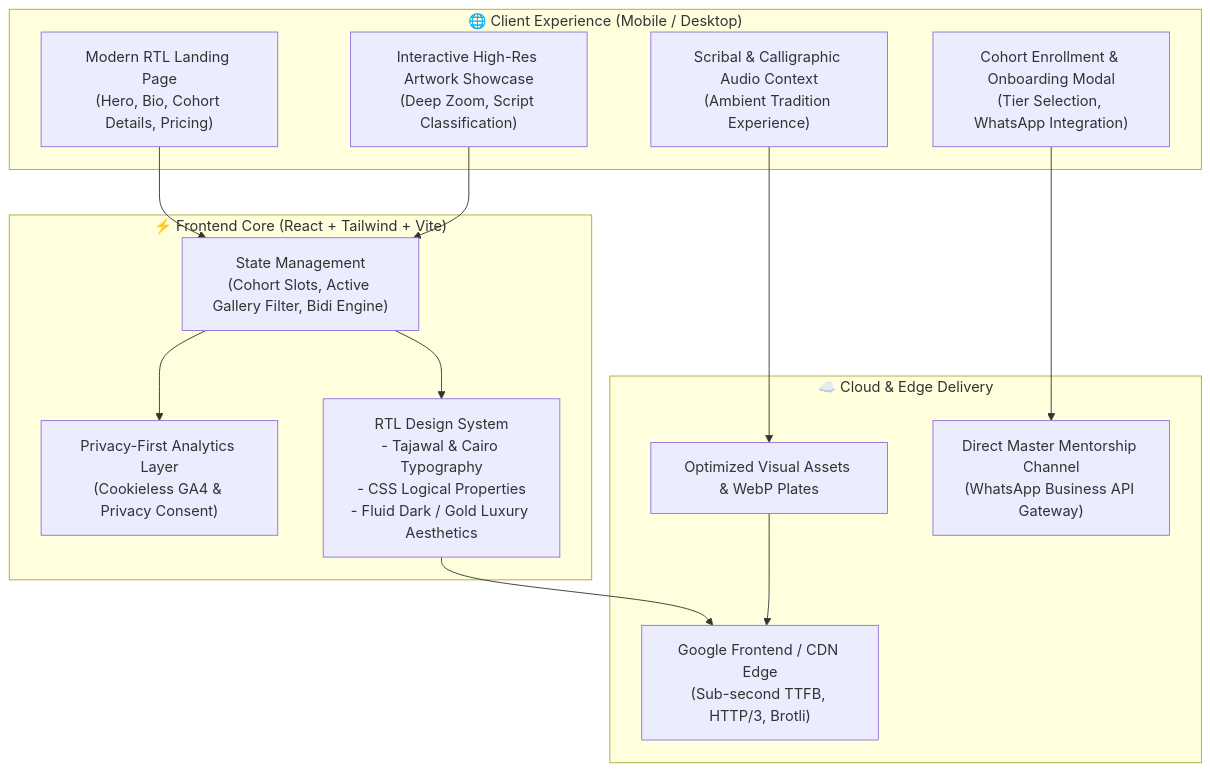
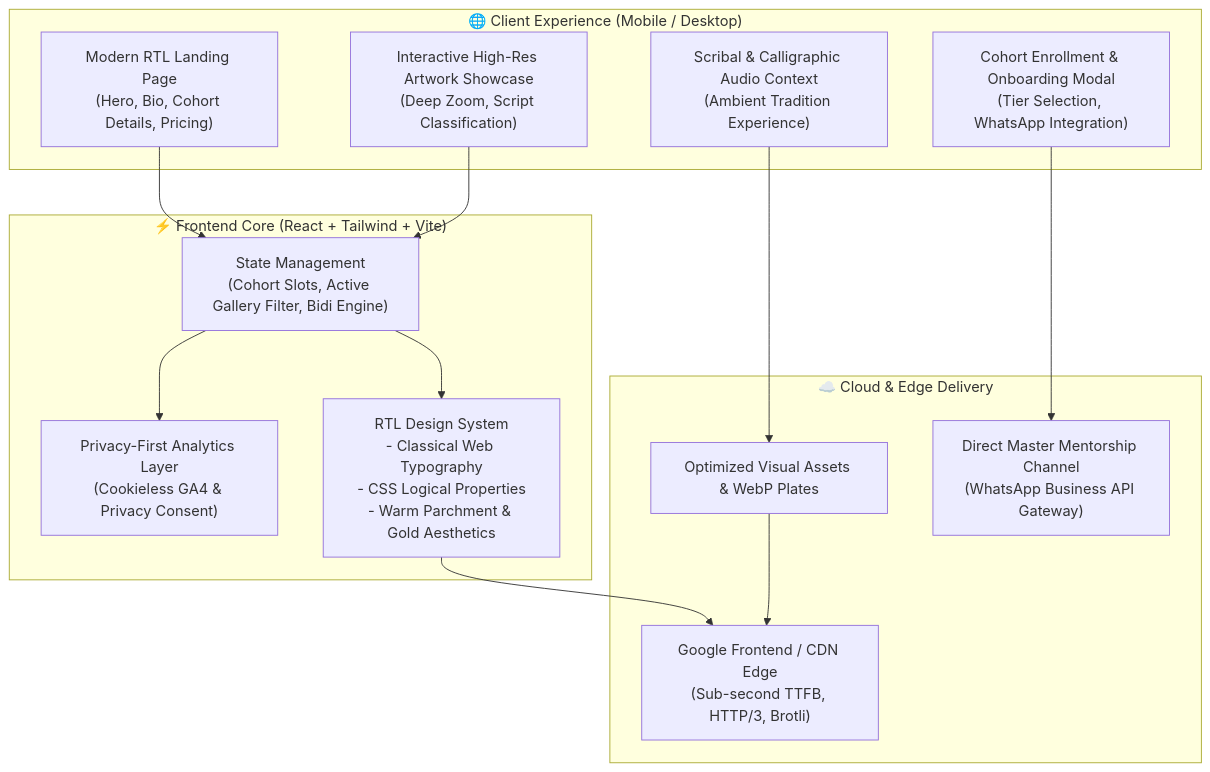
Before and after one commit to kmbenjel/hassanicalligraphy.com: the first of 2 diagrams in README.md, drawn with Mermaid. The commit also changed other lines of this file, not shown here.

````diff
--- a/README.md
+++ b/README.md
@@ -40,32 +40,32 @@
 ```mermaid
 flowchart TB
     subgraph ClientLayer ["🌐 Client Experience (Mobile / Desktop)"]
         Landing["Modern RTL Landing Page\n(Hero, Bio, Cohort Details, Pricing)"]
         Gallery["Interactive High-Res Artwork Showcase\n(Deep Zoom, Script Classification)"]
         EnrollmentModal["Cohort Enrollment & Onboarding Modal\n(Tier Selection, WhatsApp Integration)"]
         AudioPreview["Scribal & Calligraphic Audio Context\n(Ambient Tradition Experience)"]
     end
 
     subgraph AppCore ["⚡ Frontend Core (React + Tailwind + Vite)"]
         StateEngine["State Management\n(Cohort Slots, Active Gallery Filter, Bidi Engine)"]
         AnalyticsConsent["Privacy-First Analytics Layer\n(Cookieless GA4 & Privacy Consent)"]
-        RTLDesignSystem["RTL Design System\n- Tajawal & Cairo Typography\n- CSS Logical Properties\n- Fluid Dark / Gold Luxury Aesthetics"]
+        RTLDesignSystem["RTL Design System\n- Classical Web Typography\n- CSS Logical Properties\n- Warm Parchment & Gold Aesthetics"]
     end
 
     subgraph Infrastructure ["☁️ Cloud & Edge Delivery"]
         CDN["Google Frontend / CDN Edge\n(Sub-second TTFB, HTTP/3, Brotli)"]
         AssetStorage["Optimized Visual Assets & WebP Plates"]
         DirectBridge["Direct Master Mentorship Channel\n(WhatsApp Business API Gateway)"]
     end
 
     Landing --> StateEngine
     Gallery --> StateEngine
     EnrollmentModal --> DirectBridge
     AudioPreview --> AssetStorage
     
     StateEngine --> RTLDesignSystem
     StateEngine --> AnalyticsConsent
     
     RTLDesignSystem --> CDN
     AssetStorage --> CDN
 ```
````
